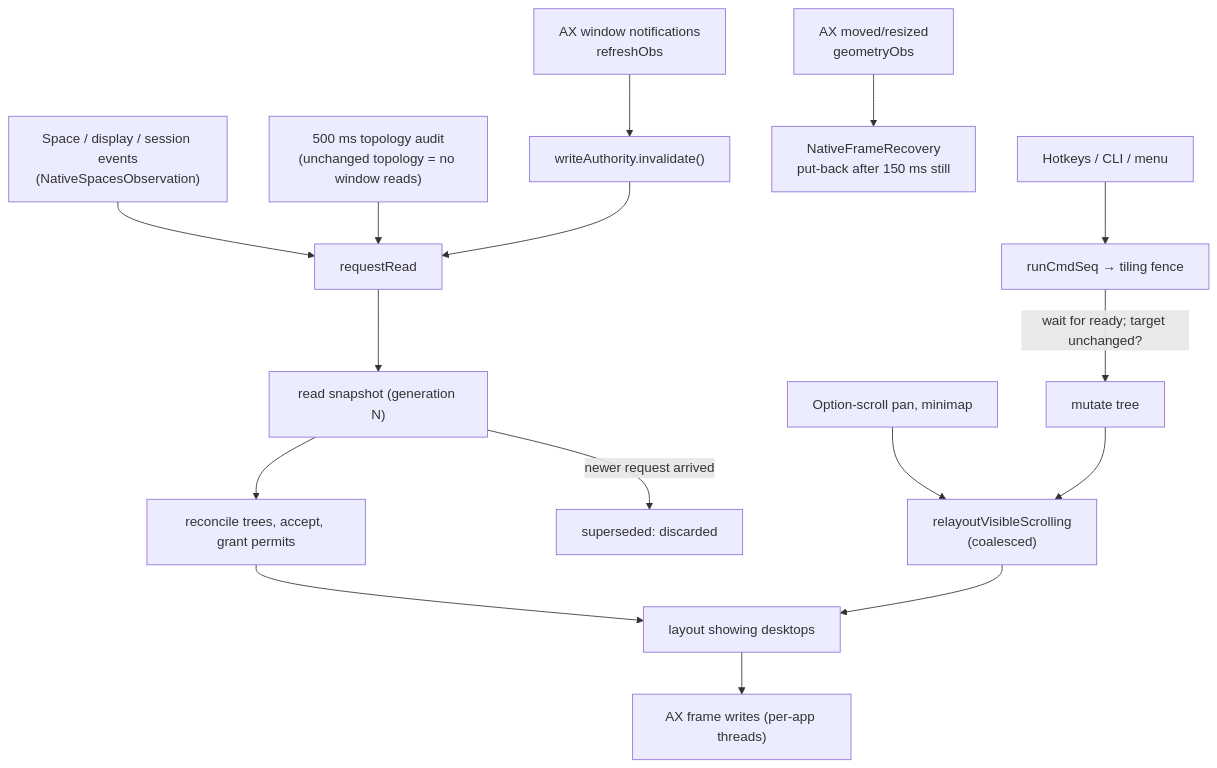
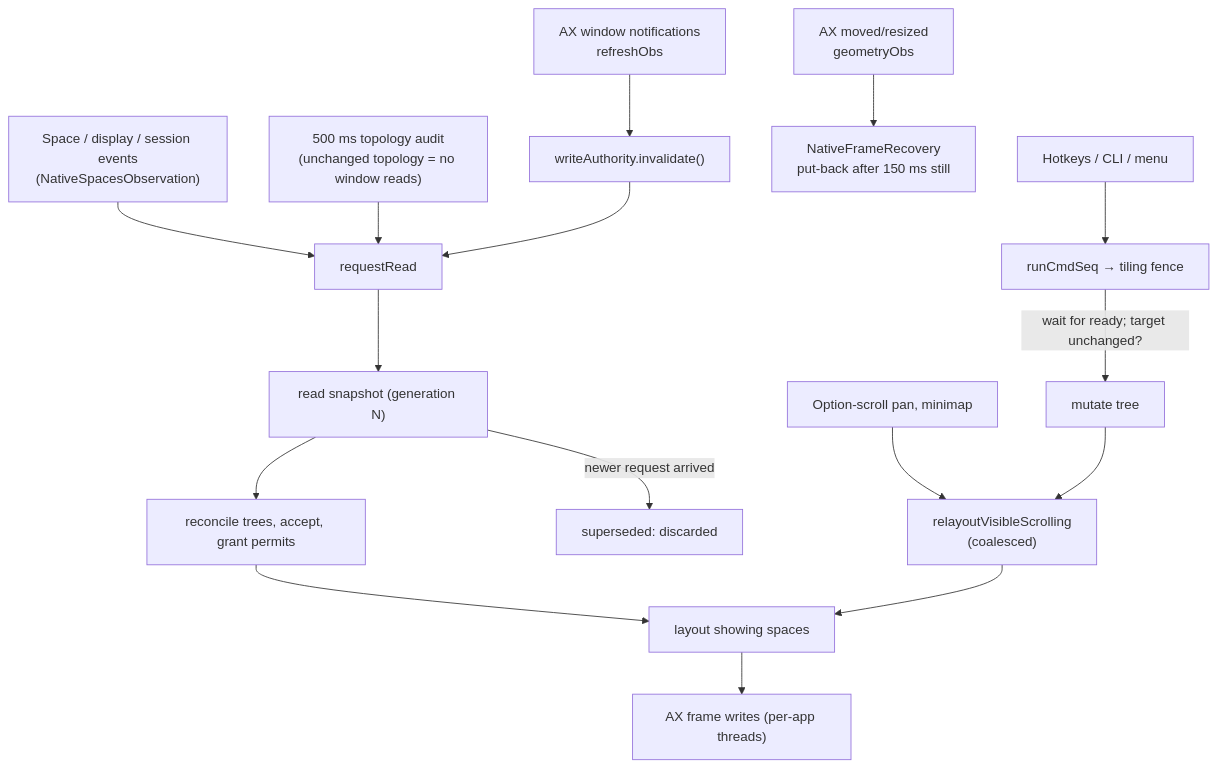
The diagram in docs/STATE_AND_EVENTS.md (gfavaro/StripMuxX), drawn with Mermaid before and after one commit. The commit also changed other lines of this file and 61 other files, not shown here.

````diff
--- a/docs/STATE_AND_EVENTS.md
+++ b/docs/STATE_AND_EVENTS.md
@@ -21,16 +21,16 @@
 ```mermaid
 flowchart TD
     E1["Space / display / session events<br/>(NativeSpacesObservation)"] --> R["requestRead"]
     E2["500 ms topology audit<br/>(unchanged topology = no window reads)"] --> R
     E3["AX window notifications<br/>refreshObs"] --> INV["writeAuthority.invalidate()"] --> R
     E4["AX moved/resized<br/>geometryObs"] --> PB["NativeFrameRecovery<br/>put-back after 150 ms still"]
     E5["Hotkeys / CLI / menu"] --> F["runCmdSeq → tiling fence"]
     E6["Option-scroll pan, minimap"] --> RL["relayoutVisibleScrolling<br/>(coalesced)"]
     R --> READ["read snapshot (generation N)"]
     READ -->|"newer request arrived"| DROP["superseded: discarded"]
     READ --> REC["reconcile trees, accept, grant permits"]
-    REC --> LAY["layout showing desktops"]
+    REC --> LAY["layout showing spaces"]
     F -->|"wait for ready; target unchanged?"| EDIT["mutate tree"] --> RL
     RL --> LAY
     LAY --> AXW["AX frame writes (per-app threads)"]
 ```
````
